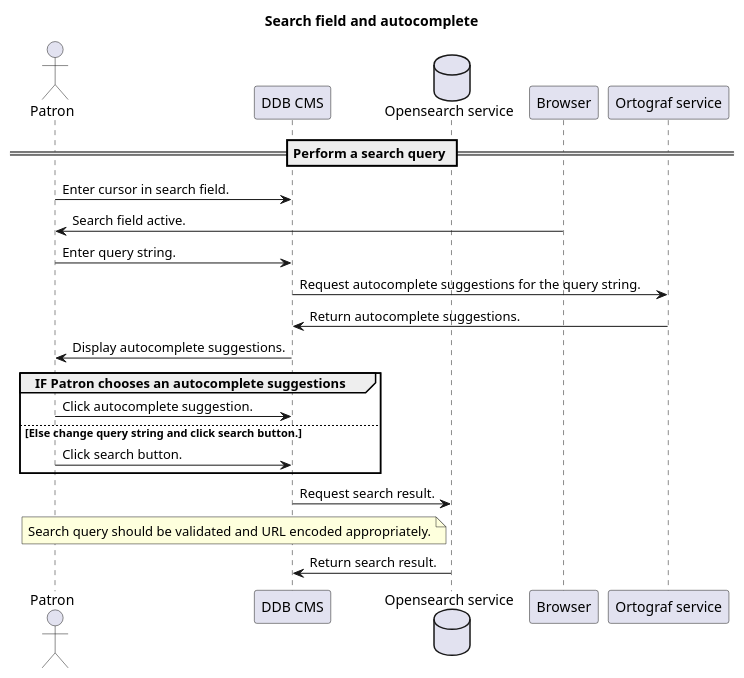
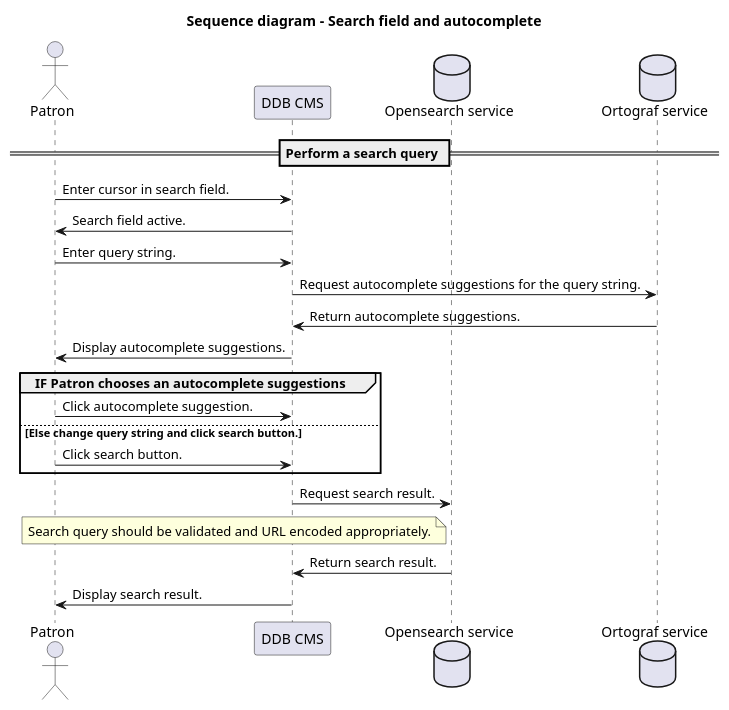
One commit to rolfmadsen/ding3 changed the first of 2 diagrams in PlantUML_sequence-diagrams/search/search-field-and-autocomplete.puml. Above: the diagram before and after it, drawn with PlantUML. The commit also changed other lines of this file and 2 other files, not shown here.

Commit message:
Added PlantUML user stories

```diff
--- a/PlantUML_sequence-diagrams/search/search-field-and-autocomplete.puml
+++ b/PlantUML_sequence-diagrams/search/search-field-and-autocomplete.puml
@@ -1,26 +1,28 @@
 @startuml
-title Search field and autocomplete
+title Sequence diagram - Search field and autocomplete
 
     actor "Patron"
     participant "DDB CMS"
     database "Opensearch service"
+    database "Ortograf service"
 
     == Perform a search query ==
     "Patron"->"DDB CMS": Enter cursor in search field.
-    "Browser"->"Patron": Search field active.
+    "DDB CMS"->"Patron": Search field active.
     "Patron"->"DDB CMS": Enter query string.
     "DDB CMS"->"Ortograf service": Request autocomplete suggestions for the query string.
     "Ortograf service"->"DDB CMS": Return autocomplete suggestions.
     "DDB CMS"->"Patron": Display autocomplete suggestions.
     group IF Patron chooses an autocomplete suggestions
         "Patron"->"DDB CMS": Click autocomplete suggestion.
         Else Else change query string and click search button.
             "Patron"->"DDB CMS": Click search button.
     end
     "DDB CMS"->"Opensearch service": Request search result.
     note left of "Opensearch service"
         Search query should be validated and URL encoded appropriately.
     end note
     "Opensearch service"->"DDB CMS": Return search result.
+    "DDB CMS"->"Patron": Display search result.
 
 @enduml
```
